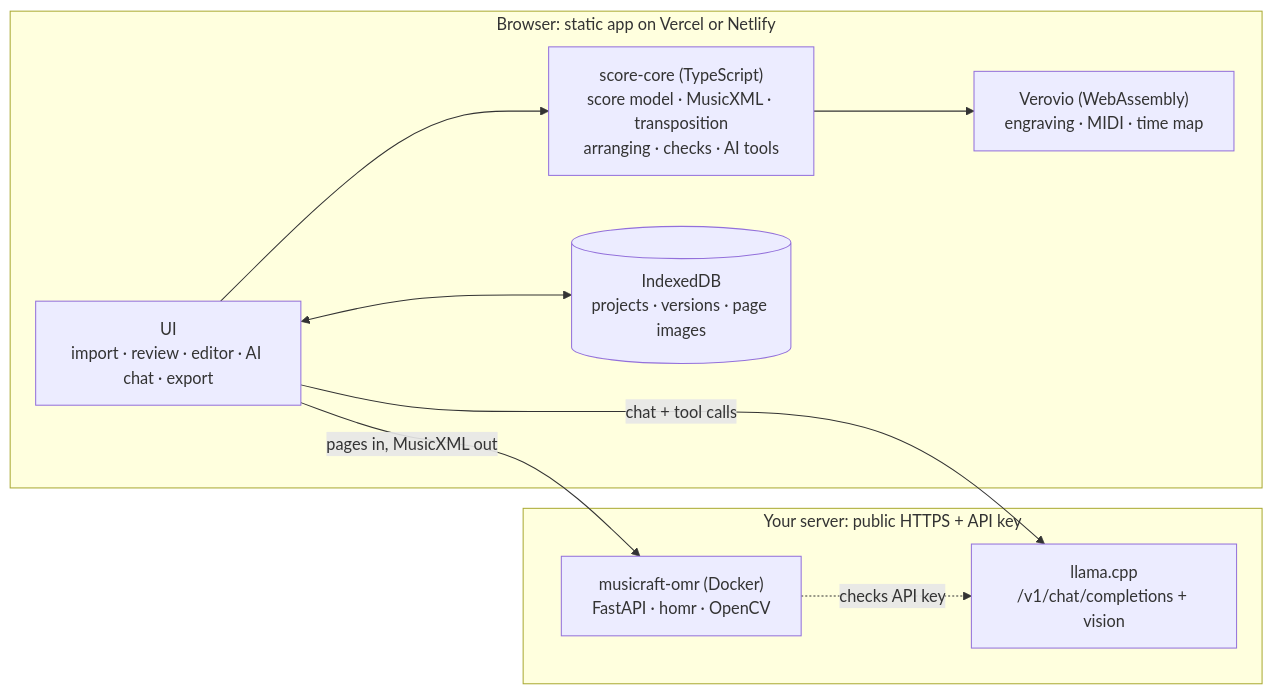
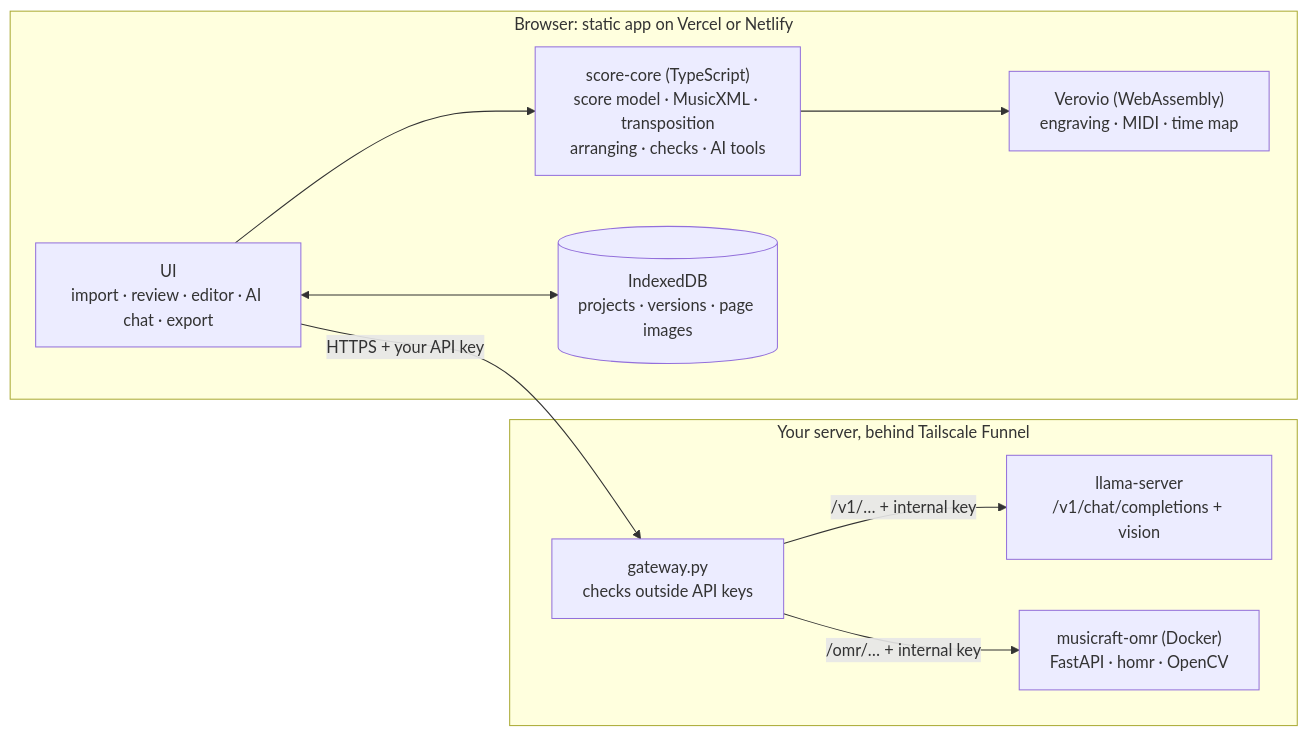
One commit to misterclarity/musicraft changed the diagram in docs/PLAN.md. Above: the diagram before and after it, drawn with Mermaid. The commit also changed other lines of this file and 45 other files, not shown here.

````diff
--- a/docs/PLAN.md
+++ b/docs/PLAN.md
@@ -77,18 +93,19 @@
 ```mermaid
 flowchart LR
   subgraph B["Browser: static app on Vercel or Netlify"]
     UI["UI<br/>import · review · editor · AI chat · export"]
     CORE["score-core (TypeScript)<br/>score model · MusicXML · transposition<br/>arranging · checks · AI tools"]
     VRV["Verovio (WebAssembly)<br/>engraving · MIDI · time map"]
     IDB[("IndexedDB<br/>projects · versions · page images")]
   end
-  subgraph S["Your server: public HTTPS + API key"]
-    LLM["llama.cpp<br/>/v1/chat/completions + vision"]
+  subgraph S["Your server, behind Tailscale Funnel"]
+    GW["gateway.py<br/>checks outside API keys"]
+    LLM["llama-server<br/>/v1/chat/completions + vision"]
     OMR["musicraft-omr (Docker)<br/>FastAPI · homr · OpenCV"]
   end
   UI --> CORE --> VRV
   UI <--> IDB
-  UI -->|"chat + tool calls"| LLM
-  UI -->|"pages in, MusicXML out"| OMR
-  OMR -.->|"checks API key"| LLM
+  UI -->|"HTTPS + your API key"| GW
+  GW -->|"/v1/… + internal key"| LLM
+  GW -->|"/omr/… + internal key"| OMR
 ```
````
